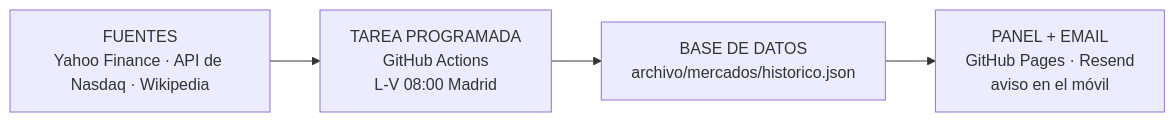
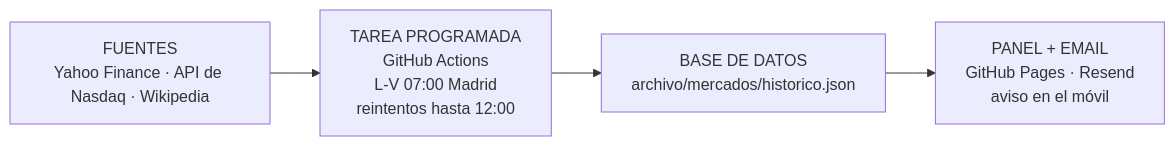
The diagram in README.md (mglciudad-sketch/mercados-diarios), drawn with Mermaid before and after one commit. The commit also changed other lines of this file and 3 other files, not shown here.

First line of the commit message:
Envío a las 07:00 con reintentos cada media hora hasta las 12:00

````diff
--- a/README.md
+++ b/README.md
@@ -22,6 +22,6 @@
 ```mermaid
 flowchart LR
-    A[FUENTES<br>Yahoo Finance · API de Nasdaq · Wikipedia] --> B[TAREA PROGRAMADA<br>GitHub Actions<br>L-V 08:00 Madrid]
+    A[FUENTES<br>Yahoo Finance · API de Nasdaq · Wikipedia] --> B[TAREA PROGRAMADA<br>GitHub Actions<br>L-V 07:00 Madrid<br>reintentos hasta 12:00]
     B --> C[BASE DE DATOS<br>archivo/mercados/historico.json]
     C --> D[PANEL + EMAIL<br>GitHub Pages · Resend<br>aviso en el móvil]
 ```
````
